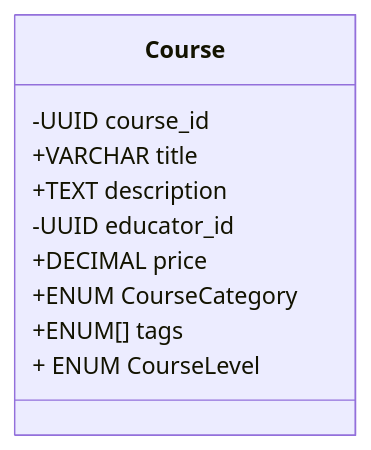
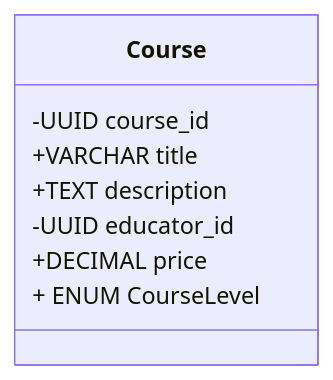
One commit to aslamcodes/Capstone changed the fifth of 17 diagrams in Documents/UML/Classes.md. Above: the diagram before and after it, drawn with Mermaid. The commit also changed other lines of this file and 3 other files, not shown here.

````diff
--- a/Documents/UML/Classes.md
+++ b/Documents/UML/Classes.md
@@ -63,13 +61,11 @@
 ```mermaid
 classDiagram
 class Course { 
 -UUID course_id
 +VARCHAR title
 +TEXT description
 -UUID educator_id
 +DECIMAL price 
-+ENUM CourseCategory
-+ENUM[] tags
 + ENUM CourseLevel
 }
 ```
````
